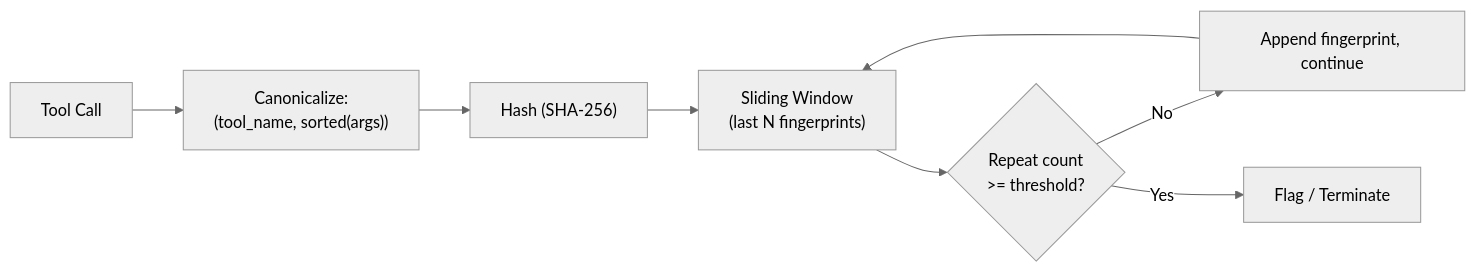
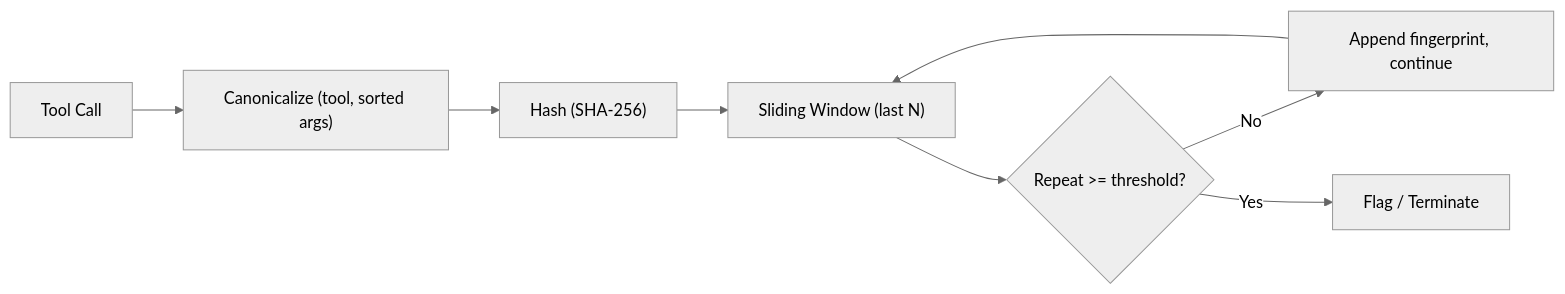
The second of 3 diagrams in learning/agentic-ai-system-design/06-non-determinism-loops-and-termination.md (dsgouda7/ai-portfolio), drawn with Mermaid (neutral theme) before and after one commit. The commit also changed 11 other files, not shown here.

````diff
--- a/learning/agentic-ai-system-design/06-non-determinism-loops-and-termination.md
+++ b/learning/agentic-ai-system-design/06-non-determinism-loops-and-termination.md
@@ -93,10 +93,10 @@
 ```mermaid
 flowchart LR
-    Call[Tool Call] --> Canon["Canonicalize:\n(tool_name, sorted(args))"]
+    Call[Tool Call] --> Canon["Canonicalize (tool, sorted args)"]
     Canon --> Hash["Hash (SHA-256)"]
-    Hash --> Window["Sliding Window\n(last N fingerprints)"]
-    Window --> Check{Repeat count\n>= threshold?}
+    Hash --> Window["Sliding Window (last N)"]
+    Window --> Check{Repeat >= threshold?}
     Check -->|No| Append[Append fingerprint, continue]
     Check -->|Yes| Flag[Flag / Terminate]
     Append --> Window
 ```
````
